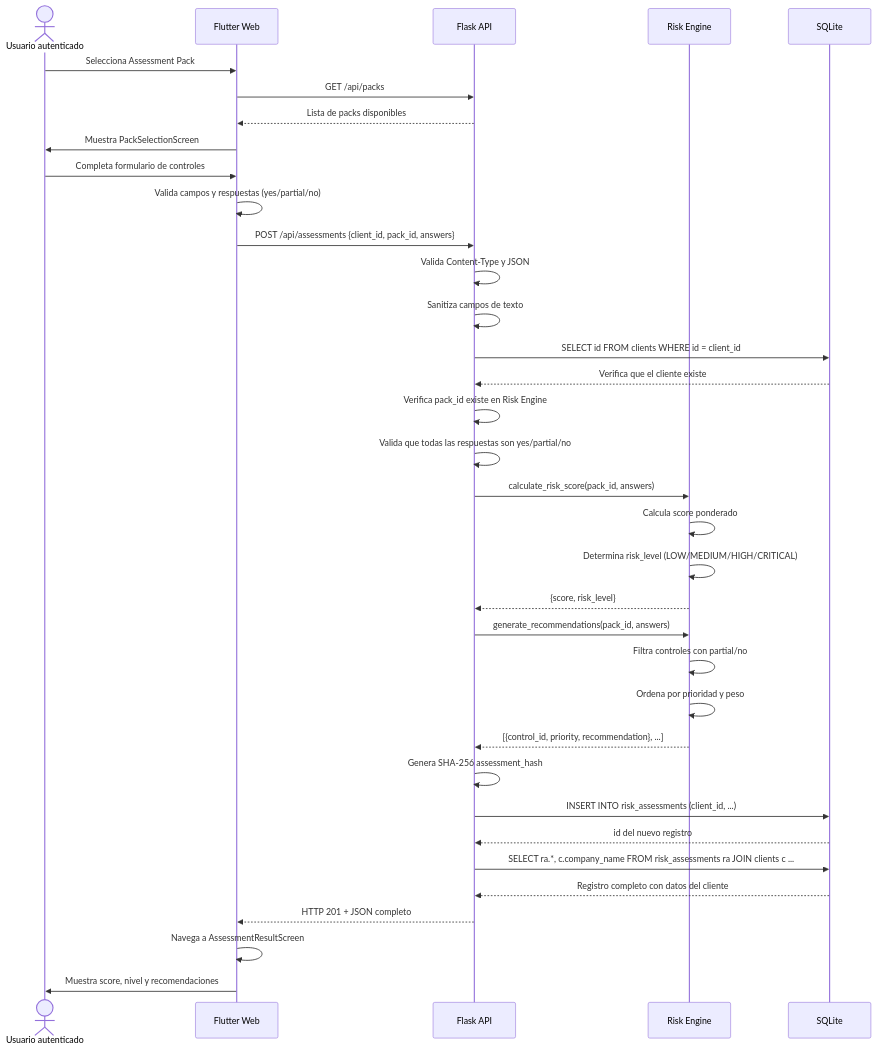
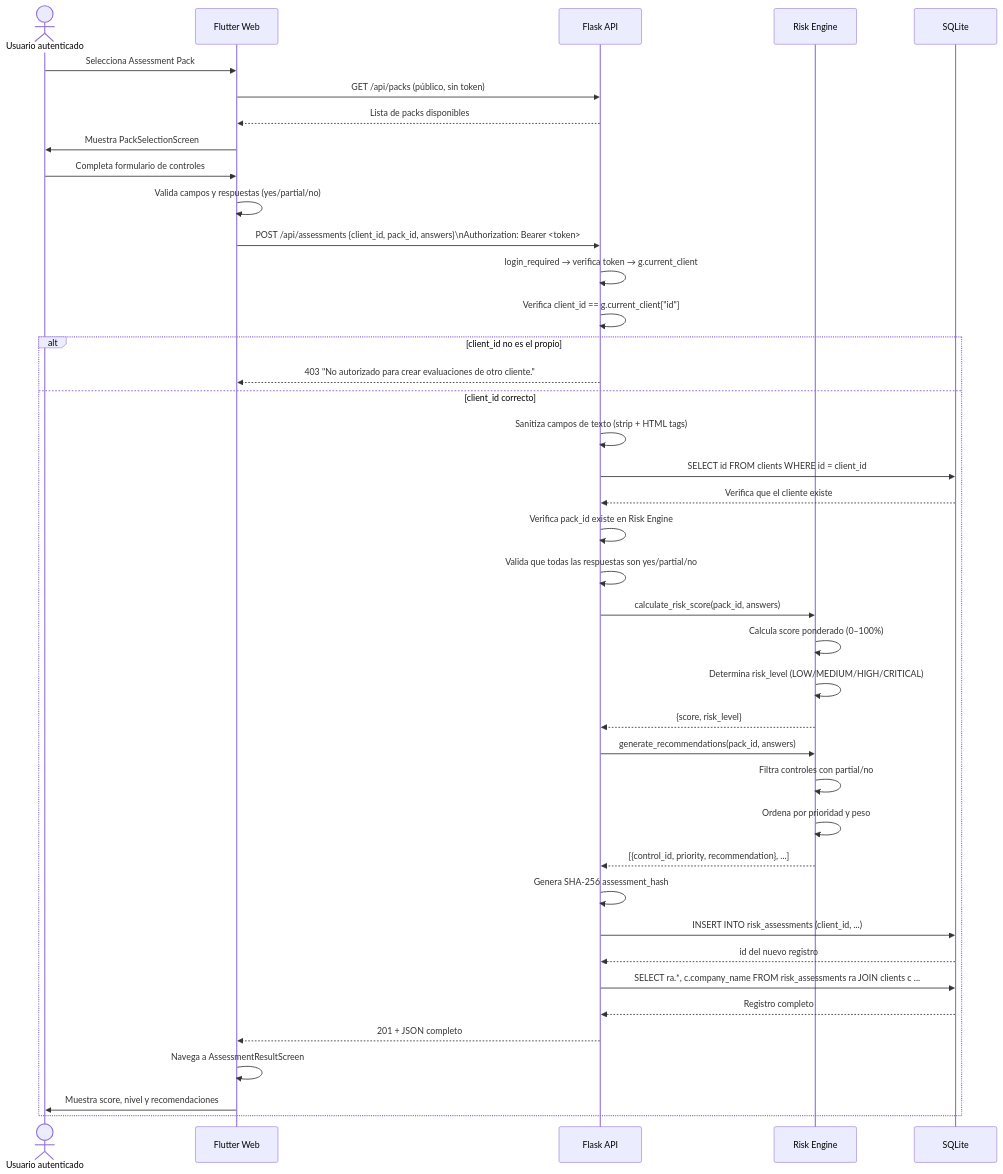
Before and after one commit to danielmunozus/tds-sentinel-mvp: the third of 6 diagrams in docs/flows/risk-evaluation-flow.md, drawn with Mermaid. The commit also changed other lines of this file and 18 other files, not shown here.

````diff
--- a/docs/flows/risk-evaluation-flow.md
+++ b/docs/flows/risk-evaluation-flow.md
@@ -42,45 +73,50 @@
 ```mermaid
 sequenceDiagram
     actor U as Usuario autenticado
     participant F as Flutter Web
     participant A as Flask API
     participant E as Risk Engine
     participant D as SQLite
 
     U->>F: Selecciona Assessment Pack
-    F->>A: GET /api/packs
+    F->>A: GET /api/packs  (público, sin token)
     A-->>F: Lista de packs disponibles
     F->>U: Muestra PackSelectionScreen
 
     U->>F: Completa formulario de controles
     F->>F: Valida campos y respuestas (yes/partial/no)
-    F->>A: POST /api/assessments {client_id, pack_id, answers}
+    F->>A: POST /api/assessments {client_id, pack_id, answers}\nAuthorization: Bearer <token>
 
-    A->>A: Valida Content-Type y JSON
-    A->>A: Sanitiza campos de texto
-    A->>D: SELECT id FROM clients WHERE id = client_id
-    D-->>A: Verifica que el cliente existe
+    A->>A: login_required → verifica token → g.current_client
+    A->>A: Verifica client_id == g.current_client["id"]
+    alt client_id no es el propio
+        A-->>F: 403 "No autorizado para crear evaluaciones de otro cliente."
+    else client_id correcto
+        A->>A: Sanitiza campos de texto (strip + HTML tags)
+        A->>D: SELECT id FROM clients WHERE id = client_id
+        D-->>A: Verifica que el cliente existe
 
-    A->>A: Verifica pack_id existe en Risk Engine
-    A->>A: Valida que todas las respuestas son yes/partial/no
+        A->>A: Verifica pack_id existe en Risk Engine
+        A->>A: Valida que todas las respuestas son yes/partial/no
 
-    A->>E: calculate_risk_score(pack_id, answers)
-    E->>E: Calcula score ponderado
-    E->>E: Determina risk_level (LOW/MEDIUM/HIGH/CRITICAL)
-    E-->>A: {score, risk_level}
+        A->>E: calculate_risk_score(pack_id, answers)
+        E->>E: Calcula score ponderado (0–100%)
+        E->>E: Determina risk_level (LOW/MEDIUM/HIGH/CRITICAL)
+        E-->>A: {score, risk_level}
 
-    A->>E: generate_recommendations(pack_id, answers)
-    E->>E: Filtra controles con partial/no
-    E->>E: Ordena por prioridad y peso
-    E-->>A: [{control_id, priority, recommendation}, ...]
+        A->>E: generate_recommendations(pack_id, answers)
+        E->>E: Filtra controles con partial/no
+        E->>E: Ordena por prioridad y peso
+        E-->>A: [{control_id, priority, recommendation}, ...]
 
-    A->>A: Genera SHA-256 assessment_hash
-    A->>D: INSERT INTO risk_assessments (client_id, ...)
-    D-->>A: id del nuevo registro
-    A->>D: SELECT ra.*, c.company_name FROM risk_assessments ra JOIN clients c ...
-    D-->>A: Registro completo con datos del cliente
+        A->>A: Genera SHA-256 assessment_hash
+        A->>D: INSERT INTO risk_assessments (client_id, ...)
+        D-->>A: id del nuevo registro
+        A->>D: SELECT ra.*, c.company_name FROM risk_assessments ra JOIN clients c ...
+        D-->>A: Registro completo
 
-    A-->>F: HTTP 201 + JSON completo
-    F->>F: Navega a AssessmentResultScreen
-    F->>U: Muestra score, nivel y recomendaciones
+        A-->>F: 201 + JSON completo
+        F->>F: Navega a AssessmentResultScreen
+        F->>U: Muestra score, nivel y recomendaciones
+    end
 ```
````
